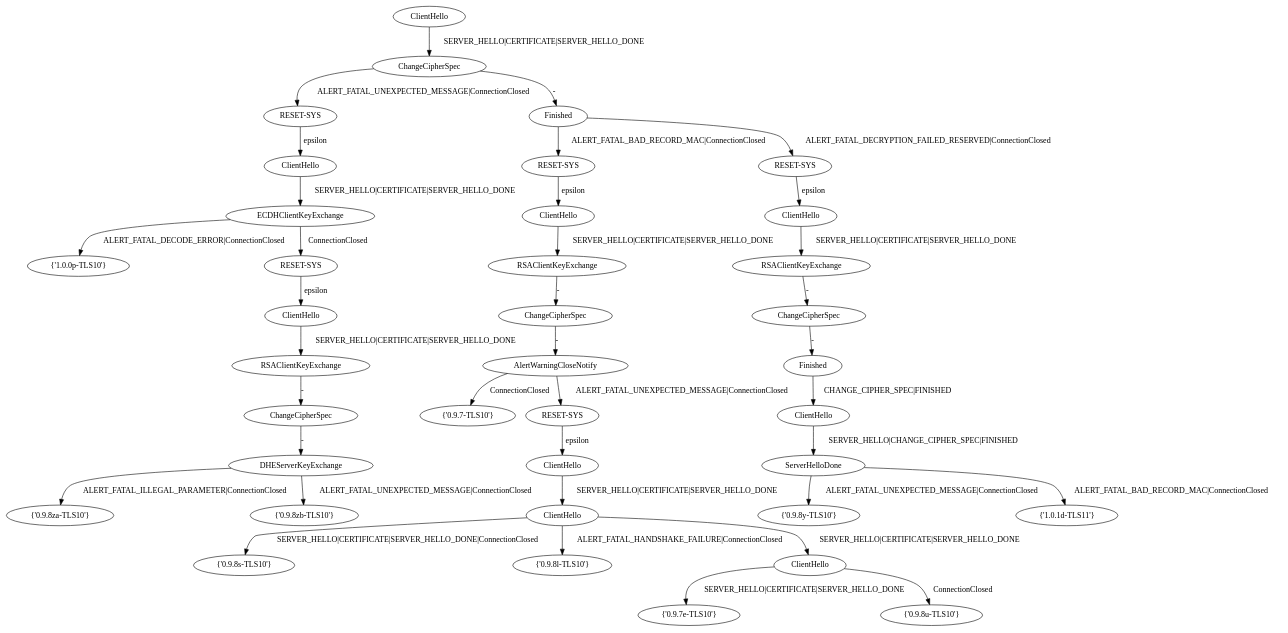
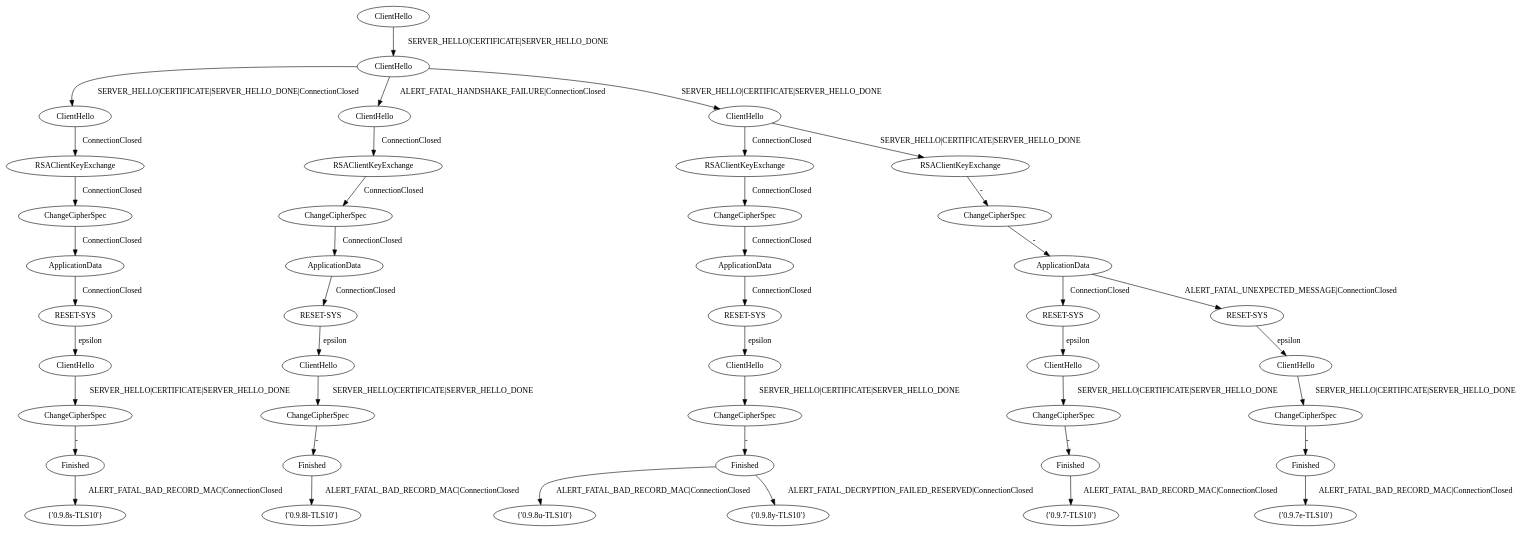
The diagram in family-fingerprinter/CDS.dot (GianniM123/FFSM_fingerprint), drawn with Graphviz before and after one commit. The commit also changed 1 other file, not shown here.

Commit message:
split without reset function
added split without reset function. It combines two machines and tries to split them based on their output. Often this is not possible and therefore it is not used

```diff
--- a/family-fingerprinter/CDS.dot
+++ b/family-fingerprinter/CDS.dot
@@ -1,112 +1,130 @@
 digraph "" {
 	node [label="\N"];
+	a	[label=ClientHello];
 	a0	[label=ClientHello];
-	a1	[label=ChangeCipherSpec];
+	a -> a0	[key=0,
+		label="SERVER_HELLO|CERTIFICATE|SERVER_HELLO_DONE"];
+	a1	[label=ClientHello];
 	a0 -> a1	[key=0,
+		label="SERVER_HELLO|CERTIFICATE|SERVER_HELLO_DONE|ConnectionClosed"];
+	a10	[label=ClientHello];
+	a0 -> a10	[key=0,
+		label="ALERT_FATAL_HANDSHAKE_FAILURE|ConnectionClosed"];
+	a19	[label=ClientHello];
+	a0 -> a19	[key=0,
 		label="SERVER_HELLO|CERTIFICATE|SERVER_HELLO_DONE"];
+	a2	[label=RSAClientKeyExchange];
+	a1 -> a2	[key=0,
+		label=ConnectionClosed];
+	a3	[label=ChangeCipherSpec];
+	a2 -> a3	[key=0,
+		label=ConnectionClosed];
+	a4	[label=ApplicationData];
+	a3 -> a4	[key=0,
+		label=ConnectionClosed];
+	a5	[label="RESET-SYS"];
+	a4 -> a5	[key=0,
+		label=ConnectionClosed];
+	a6	[label=ClientHello];
+	a5 -> a6	[key=0,
+		label=epsilon];
+	a7	[label=ChangeCipherSpec];
+	a6 -> a7	[key=0,
+		label="SERVER_HELLO|CERTIFICATE|SERVER_HELLO_DONE"];
+	a8	[label=Finished];
+	a7 -> a8	[key=0,
+		label="-"];
+	a9	[label="{'0.9.8s-TLS10'}"];
+	a8 -> a9	[key=0,
+		label="ALERT_FATAL_BAD_RECORD_MAC|ConnectionClosed"];
+	a11	[label=RSAClientKeyExchange];
+	a10 -> a11	[key=0,
+		label=ConnectionClosed];
+	a12	[label=ChangeCipherSpec];
+	a11 -> a12	[key=0,
+		label=ConnectionClosed];
+	a13	[label=ApplicationData];
+	a12 -> a13	[key=0,
+		label=ConnectionClosed];
+	a14	[label="RESET-SYS"];
+	a13 -> a14	[key=0,
+		label=ConnectionClosed];
+	a15	[label=ClientHello];
+	a14 -> a15	[key=0,
+		label=epsilon];
+	a16	[label=ChangeCipherSpec];
+	a15 -> a16	[key=0,
+		label="SERVER_HELLO|CERTIFICATE|SERVER_HELLO_DONE"];
+	a17	[label=Finished];
+	a16 -> a17	[key=0,
+		label="-"];
+	a18	[label="{'0.9.8l-TLS10'}"];
+	a17 -> a18	[key=0,
+		label="ALERT_FATAL_BAD_RECORD_MAC|ConnectionClosed"];
+	a20	[label=RSAClientKeyExchange];
+	a19 -> a20	[key=0,
+		label=ConnectionClosed];
+	a28	[label=RSAClientKeyExchange];
+	a19 -> a28	[key=0,
+		label="SERVER_HELLO|CERTIFICATE|SERVER_HELLO_DONE"];
+	a21	[label=ChangeCipherSpec];
+	a20 -> a21	[key=0,
+		label=ConnectionClosed];
+	a22	[label=ApplicationData];
+	a21 -> a22	[key=0,
+		label=ConnectionClosed];
 	a23	[label="RESET-SYS"];
-	a1 -> a23	[key=0,
-		label="ALERT_FATAL_UNEXPECTED_MESSAGE|ConnectionClosed"];
-	a66	[label=Finished];
-	a1 -> a66	[key=0,
-		label="-"];
+	a22 -> a23	[key=0,
+		label=ConnectionClosed];
 	a24	[label=ClientHello];
 	a23 -> a24	[key=0,
 		label=epsilon];
-	a25	[label=ECDHClientKeyExchange];
+	a25	[label=ChangeCipherSpec];
 	a24 -> a25	[key=0,
 		label="SERVER_HELLO|CERTIFICATE|SERVER_HELLO_DONE"];
-	a26	[label="{'1.0.0p-TLS10'}"];
+	a26	[label=Finished];
 	a25 -> a26	[key=0,
-		label="ALERT_FATAL_DECODE_ERROR|ConnectionClosed"];
-	a320	[label="RESET-SYS"];
-	a25 -> a320	[key=0,
+		label="-"];
+	a27	[label="{'0.9.8u-TLS10'}"];
+	a26 -> a27	[key=0,
+		label="ALERT_FATAL_BAD_RECORD_MAC|ConnectionClosed"];
+	a41	[label="{'0.9.8y-TLS10'}"];
+	a26 -> a41	[key=0,
+		label="ALERT_FATAL_DECRYPTION_FAILED_RESERVED|ConnectionClosed"];
+	a29	[label=ChangeCipherSpec];
+	a28 -> a29	[key=0,
+		label="-"];
+	a30	[label=ApplicationData];
+	a29 -> a30	[key=0,
+		label="-"];
+	a31	[label="RESET-SYS"];
+	a30 -> a31	[key=0,
 		label=ConnectionClosed];
-	a72	[label="RESET-SYS"];
-	a66 -> a72	[key=0,
+	a36	[label="RESET-SYS"];
+	a30 -> a36	[key=0,
+		label="ALERT_FATAL_UNEXPECTED_MESSAGE|ConnectionClosed"];
+	a32	[label=ClientHello];
+	a31 -> a32	[key=0,
+		label=epsilon];
+	a33	[label=ChangeCipherSpec];
+	a32 -> a33	[key=0,
+		label="SERVER_HELLO|CERTIFICATE|SERVER_HELLO_DONE"];
+	a34	[label=Finished];
+	a33 -> a34	[key=0,
+		label="-"];
+	a35	[label="{'0.9.7-TLS10'}"];
+	a34 -> a35	[key=0,
 		label="ALERT_FATAL_BAD_RECORD_MAC|ConnectionClosed"];
-	a217	[label="RESET-SYS"];
-	a66 -> a217	[key=0,
-		label="ALERT_FATAL_DECRYPTION_FAILED_RESERVED|ConnectionClosed"];
-	a73	[label=ClientHello];
-	a72 -> a73	[key=0,
+	a37	[label=ClientHello];
+	a36 -> a37	[key=0,
 		label=epsilon];
-	a74	[label=RSAClientKeyExchange];
-	a73 -> a74	[key=0,
+	a38	[label=ChangeCipherSpec];
+	a37 -> a38	[key=0,
 		label="SERVER_HELLO|CERTIFICATE|SERVER_HELLO_DONE"];
-	a228	[label=ChangeCipherSpec];
-	a74 -> a228	[key=0,
+	a39	[label=Finished];
+	a38 -> a39	[key=0,
 		label="-"];
-	a218	[label=ClientHello];
-	a217 -> a218	[key=0,
-		label=epsilon];
-	a219	[label=RSAClientKeyExchange];
-	a218 -> a219	[key=0,
-		label="SERVER_HELLO|CERTIFICATE|SERVER_HELLO_DONE"];
-	a220	[label=ChangeCipherSpec];
-	a219 -> a220	[key=0,
-		label="-"];
-	a221	[label=Finished];
-	a220 -> a221	[key=0,
-		label="-"];
-	a359	[label=ClientHello];
-	a221 -> a359	[key=0,
-		label="CHANGE_CIPHER_SPEC|FINISHED"];
-	a229	[label=AlertWarningCloseNotify];
-	a228 -> a229	[key=0,
-		label="-"];
-	a230	[label="{'0.9.7-TLS10'}"];
-	a229 -> a230	[key=0,
-		label=ConnectionClosed];
-	a641	[label="RESET-SYS"];
-	a229 -> a641	[key=0,
-		label="ALERT_FATAL_UNEXPECTED_MESSAGE|ConnectionClosed"];
-	a321	[label=ClientHello];
-	a320 -> a321	[key=0,
-		label=epsilon];
-	a322	[label=RSAClientKeyExchange];
-	a321 -> a322	[key=0,
-		label="SERVER_HELLO|CERTIFICATE|SERVER_HELLO_DONE"];
-	a326	[label=ChangeCipherSpec];
-	a322 -> a326	[key=0,
-		label="-"];
-	a480	[label=DHEServerKeyExchange];
-	a326 -> a480	[key=0,
-		label="-"];
-	a487	[label=ServerHelloDone];
-	a359 -> a487	[key=0,
-		label="SERVER_HELLO|CHANGE_CIPHER_SPEC|FINISHED"];
-	a481	[label="{'0.9.8za-TLS10'}"];
-	a480 -> a481	[key=0,
-		label="ALERT_FATAL_ILLEGAL_PARAMETER|ConnectionClosed"];
-	a482	[label="{'0.9.8zb-TLS10'}"];
-	a480 -> a482	[key=0,
-		label="ALERT_FATAL_UNEXPECTED_MESSAGE|ConnectionClosed"];
-	a492	[label="{'0.9.8y-TLS10'}"];
-	a487 -> a492	[key=0,
-		label="ALERT_FATAL_UNEXPECTED_MESSAGE|ConnectionClosed"];
-	a493	[label="{'1.0.1d-TLS11'}"];
-	a487 -> a493	[key=0,
+	a40	[label="{'0.9.7e-TLS10'}"];
+	a39 -> a40	[key=0,
 		label="ALERT_FATAL_BAD_RECORD_MAC|ConnectionClosed"];
-	a642	[label=ClientHello];
-	a641 -> a642	[key=0,
-		label=epsilon];
-	a643	[label=ClientHello];
-	a642 -> a643	[key=0,
-		label="SERVER_HELLO|CERTIFICATE|SERVER_HELLO_DONE"];
-	a644	[label="{'0.9.8s-TLS10'}"];
-	a643 -> a644	[key=0,
-		label="SERVER_HELLO|CERTIFICATE|SERVER_HELLO_DONE|ConnectionClosed"];
-	a645	[label="{'0.9.8l-TLS10'}"];
-	a643 -> a645	[key=0,
-		label="ALERT_FATAL_HANDSHAKE_FAILURE|ConnectionClosed"];
-	a761	[label=ClientHello];
-	a643 -> a761	[key=0,
-		label="SERVER_HELLO|CERTIFICATE|SERVER_HELLO_DONE"];
-	a762	[label="{'0.9.7e-TLS10'}"];
-	a761 -> a762	[key=0,
-		label="SERVER_HELLO|CERTIFICATE|SERVER_HELLO_DONE"];
-	a763	[label="{'0.9.8u-TLS10'}"];
-	a761 -> a763	[key=0,
-		label=ConnectionClosed];
 }
```
